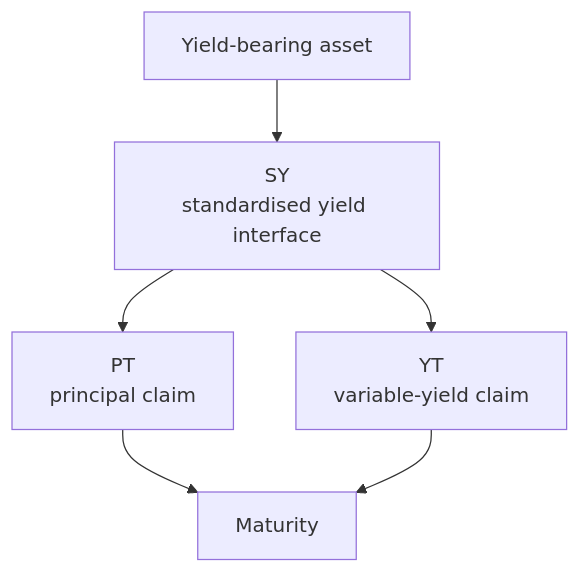
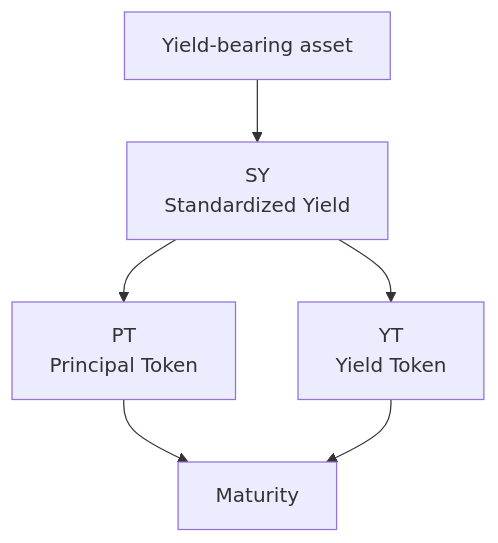
One commit to Blockchain-NTU-SG/academy-handbook changed the third of 3 diagrams in docs/tracks/researcher/week-5/part-4-collateral-credit-and-risk.md. Above: the diagram before and after it, drawn with Mermaid. The commit also changed other lines of this file and 15 other files, not shown here.

````diff
--- a/docs/tracks/researcher/week-5/part-4-collateral-credit-and-risk.md
+++ b/docs/tracks/researcher/week-5/part-4-collateral-credit-and-risk.md
@@ -218,10 +243,10 @@
 ```mermaid
 flowchart TB
   accTitle: Yield tokenisation overview
   accDescr: A yield-bearing asset is standardised as SY and separated into principal-token and yield-token claims that both run to maturity.
-  A["Yield-bearing asset"] --> B["SY<br/>standardised yield interface"]
-  B --> C["PT<br/>principal claim"]
-  B --> D["YT<br/>variable-yield claim"]
+  A["Yield-bearing asset"] --> B["SY<br/>Standardized Yield"]
+  B --> C["PT<br/>Principal Token"]
+  B --> D["YT<br/>Yield Token"]
   C --> M["Maturity"]
   D --> M
 ```
````
